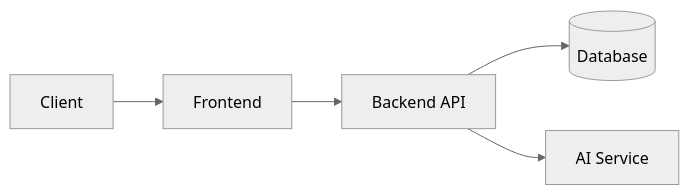
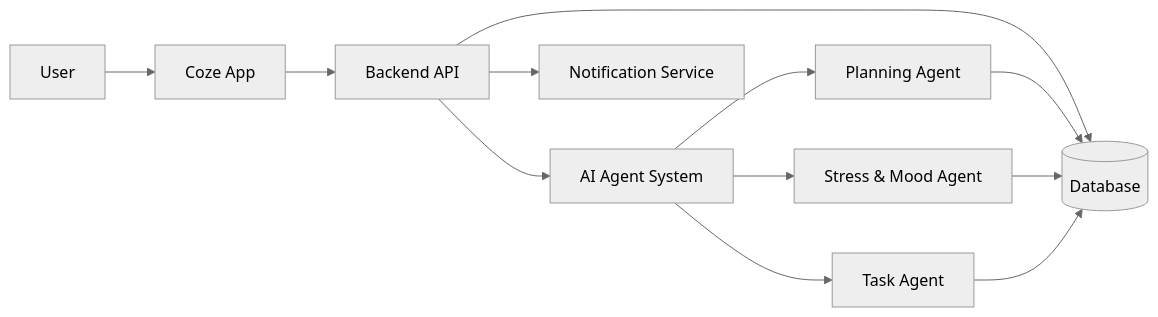
The second of 2 diagrams in README.md (Wilsomwong2004/Coze), drawn with Mermaid (neutral theme) before and after one commit. The commit also changed other lines of this file, not shown here.

First line of the commit message:
Revise README for Coze project details and features

````diff
--- a/README.md
+++ b/README.md
@@ -167,7 +260,19 @@
 ```mermaid
 flowchart LR
-    A[Client] --> B[Frontend]
+    A[User] --> B[Coze App]
+
     B --> C[Backend API]
+
     C --> D[(Database)]
-    C --> E[AI Service]
+    C --> E[AI Agent System]
+
+    E --> F[Planning Agent]
+    E --> G[Stress & Mood Agent]
+    E --> H[Task Agent]
+
+    F --> D
+    G --> D
+    H --> D
+
+    C --> I[Notification Service]
 ```
````
